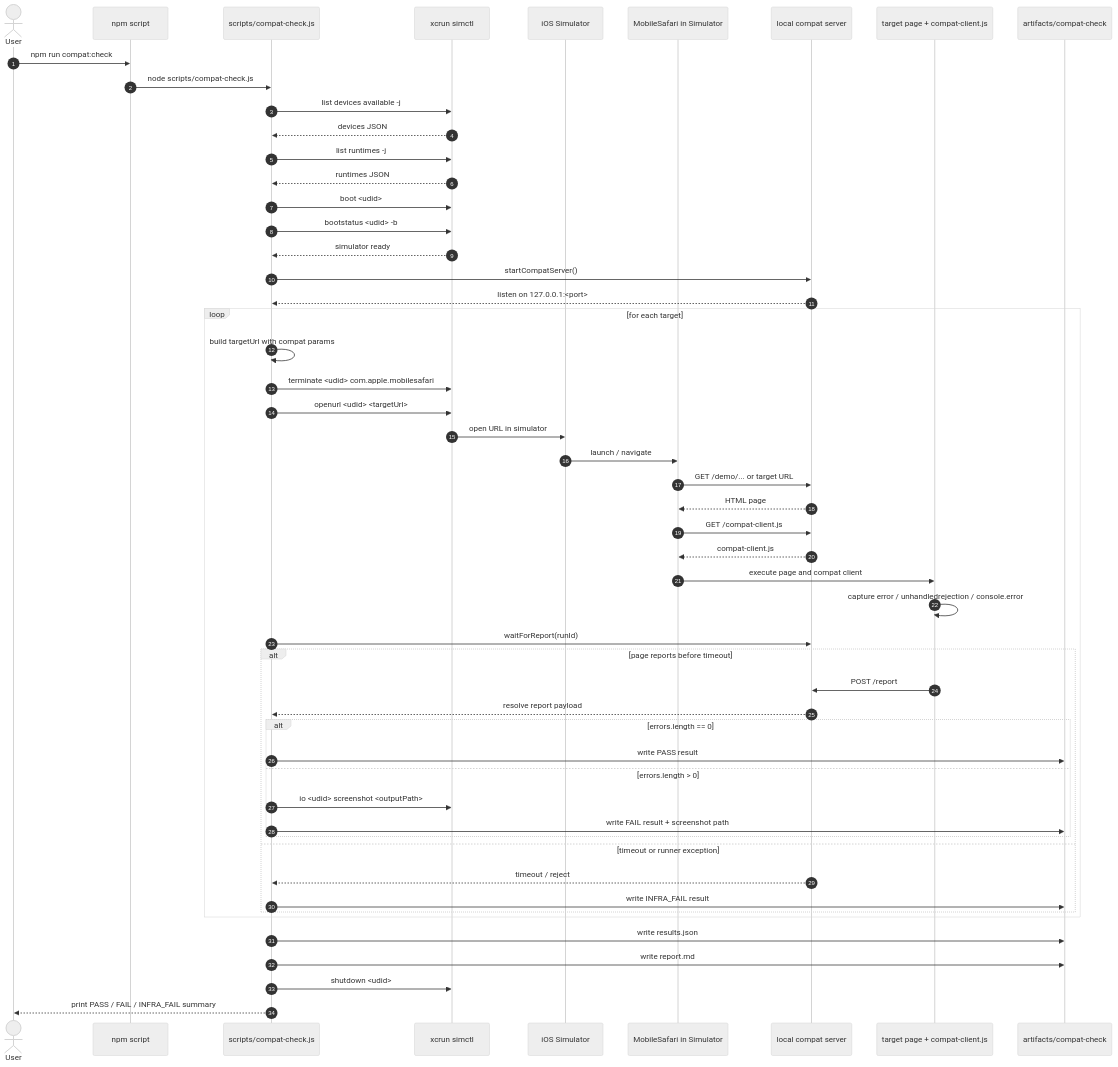
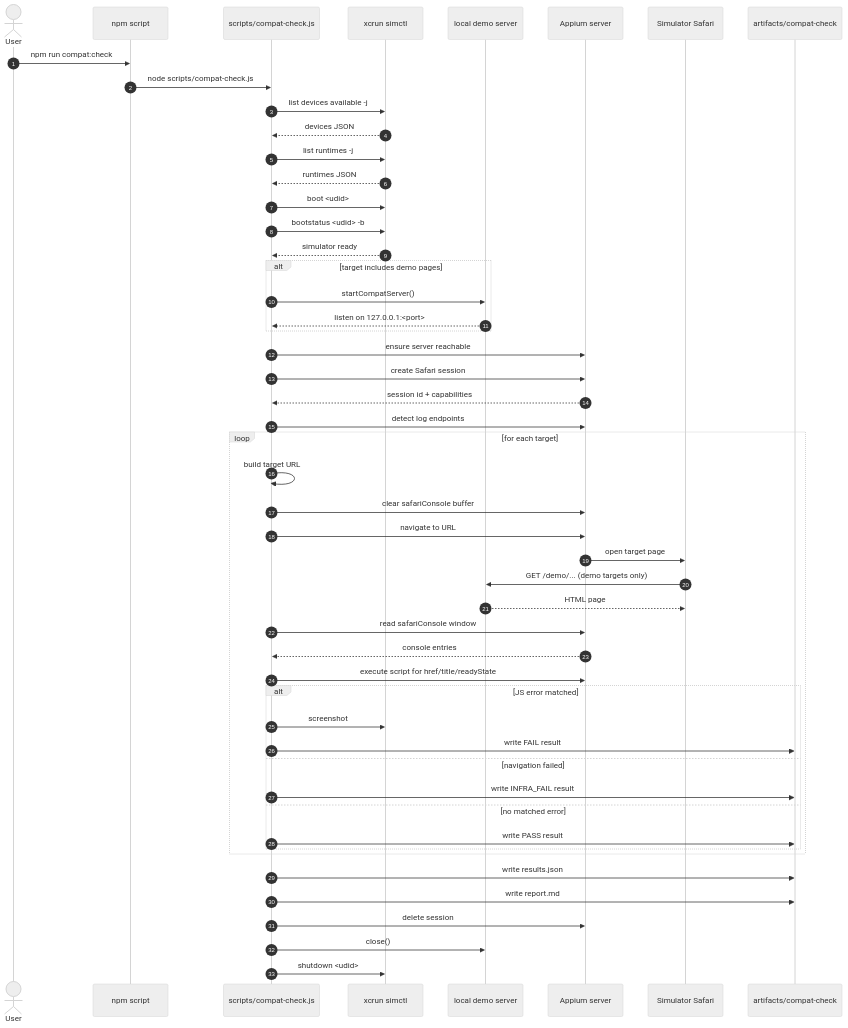
One commit to qinbinhua601/auto-js-browser-test changed the second of 2 diagrams in SAFARI_SIMULATOR_AUTOMATION_FLOW.md. Above: the diagram before and after it, drawn with Mermaid (neutral theme). The commit also changed other lines of this file and 36 other files, not shown here.

Commit message:
docs: update compat-check guides for Appium/XCUITest flow

````diff
--- a/SAFARI_SIMULATOR_AUTOMATION_FLOW.md
+++ b/SAFARI_SIMULATOR_AUTOMATION_FLOW.md
@@ -69,59 +69,58 @@
 ```mermaid
 sequenceDiagram
     autonumber
     actor User as User
     participant NPM as npm script
     participant CLI as scripts/compat-check.js
     participant Simctl as xcrun simctl
-    participant Sim as iOS Simulator
-    participant Safari as MobileSafari in Simulator
-    participant Server as local compat server
-    participant Page as target page + compat-client.js
+    participant Server as local demo server
+    participant Appium as Appium server
+    participant Safari as Simulator Safari
     participant Artifacts as artifacts/compat-check
 
     User->>NPM: npm run compat:check
     NPM->>CLI: node scripts/compat-check.js
     CLI->>Simctl: list devices available -j
     Simctl-->>CLI: devices JSON
     CLI->>Simctl: list runtimes -j
     Simctl-->>CLI: runtimes JSON
     CLI->>Simctl: boot <udid>
     CLI->>Simctl: bootstatus <udid> -b
     Simctl-->>CLI: simulator ready
-    CLI->>Server: startCompatServer()
-    Server-->>CLI: listen on 127.0.0.1:<port>
+
+    alt target includes demo pages
+        CLI->>Server: startCompatServer()
+        Server-->>CLI: listen on 127.0.0.1:<port>
+    end
+
+    CLI->>Appium: ensure server reachable
+    CLI->>Appium: create Safari session
+    Appium-->>CLI: session id + capabilities
+    CLI->>Appium: detect log endpoints
 
     loop for each target
-        CLI->>CLI: build targetUrl with compat params
-        CLI->>Simctl: terminate <udid> com.apple.mobilesafari
-        CLI->>Simctl: openurl <udid> <targetUrl>
-        Simctl->>Sim: open URL in simulator
-        Sim->>Safari: launch / navigate
-        Safari->>Server: GET /demo/... or target URL
+        CLI->>CLI: build target URL
+        CLI->>Appium: clear safariConsole buffer
+        CLI->>Appium: navigate to URL
+        Appium->>Safari: open target page
+        Safari->>Server: GET /demo/... (demo targets only)
         Server-->>Safari: HTML page
-        Safari->>Server: GET /compat-client.js
-        Server-->>Safari: compat-client.js
-        Safari->>Page: execute page and compat client
-        Page->>Page: capture error / unhandledrejection / console.error
-        CLI->>Server: waitForReport(runId)
-
-        alt page reports before timeout
-            Page->>Server: POST /report
-            Server-->>CLI: resolve report payload
-            alt errors.length == 0
-                CLI->>Artifacts: write PASS result
-            else errors.length > 0
-                CLI->>Simctl: io <udid> screenshot <outputPath>
-                CLI->>Artifacts: write FAIL result + screenshot path
-            end
-        else timeout or runner exception
-            Server-->>CLI: timeout / reject
+        CLI->>Appium: read safariConsole window
+        Appium-->>CLI: console entries
+        CLI->>Appium: execute script for href/title/readyState
+        alt JS error matched
+            CLI->>Simctl: screenshot
+            CLI->>Artifacts: write FAIL result
+        else navigation failed
             CLI->>Artifacts: write INFRA_FAIL result
+        else no matched error
+            CLI->>Artifacts: write PASS result
         end
     end
 
     CLI->>Artifacts: write results.json
     CLI->>Artifacts: write report.md
+    CLI->>Appium: delete session
+    CLI->>Server: close()
     CLI->>Simctl: shutdown <udid>
-    CLI-->>User: print PASS / FAIL / INFRA_FAIL summary
 ```
````
